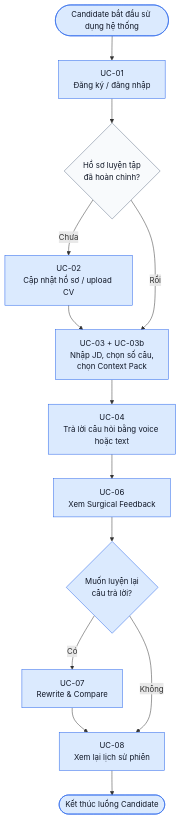
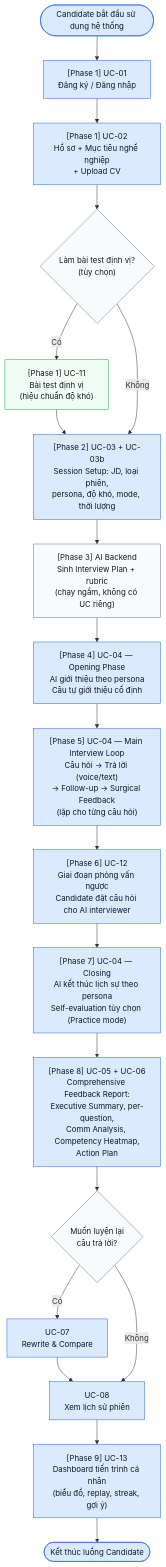
Before and after one commit to lethanhan01/interview-coach: the fourth of 5 diagrams in docs/RequirementAnalysis/SRS/SRS_InterviewAI_Full.md, drawn with Mermaid. The commit also changed other lines of this file and 4 other files, not shown here.

````diff
--- a/docs/RequirementAnalysis/SRS/SRS_InterviewAI_Full.md
+++ b/docs/RequirementAnalysis/SRS/SRS_InterviewAI_Full.md
@@ -390,25 +441,32 @@
 ```mermaid
 flowchart TD
     classDef actorStep fill:#dbeafe,stroke:#2563eb,color:#111827
     classDef systemStep fill:#f8fafc,stroke:#64748b,color:#111827
+    classDef optionalStep fill:#f0fdf4,stroke:#16a34a,color:#111827
 
     Start([Candidate bắt đầu sử dụng hệ thống]):::actorStep
-    Login["UC-01\nĐăng ký / đăng nhập"]:::actorStep
-    Profile{"Hồ sơ luyện tập\nđã hoàn chỉnh?"}:::systemStep
-    UpdateProfile["UC-02\nCập nhật hồ sơ / upload CV"]:::actorStep
-    Configure["UC-03 + UC-03b\nNhập JD, chọn số câu,\nchọn Context Pack"]:::actorStep
-    Interview["UC-04\nTrả lời câu hỏi bằng voice hoặc text"]:::actorStep
-    Feedback["UC-06\nXem Surgical Feedback"]:::actorStep
-    Rewrite{"Muốn luyện lại\ncâu trả lời?"}:::actorStep
-    RewriteUC["UC-07\nRewrite & Compare"]:::actorStep
-    History["UC-08\nXem lại lịch sử phiên"]:::actorStep
+    P1_Login["[Phase 1] UC-01\nĐăng ký / Đăng nhập"]:::actorStep
+    P1_Profile["[Phase 1] UC-02\nHồ sơ + Mục tiêu nghề nghiệp\n+ Upload CV"]:::actorStep
+    P1_Test{"Làm bài test định vị?\n(tùy chọn)"}:::systemStep
+    P1_PlacementTest["[Phase 1] UC-11\nBài test định vị\n(hiệu chuẩn độ khó)"]:::optionalStep
+    P2["[Phase 2] UC-03 + UC-03b\nSession Setup: JD, loại phiên,\npersona, độ khó, mode, thời lượng"]:::actorStep
+    P3["[Phase 3] AI Backend\nSinh Interview Plan + rubric\n(chạy ngầm, không có UC riêng)"]:::systemStep
+    P4_Opening["[Phase 4] UC-04 — Opening Phase\nAI giới thiệu theo persona\nCâu tự giới thiệu cố định"]:::actorStep
+    P5_Loop["[Phase 5] UC-04 — Main Interview Loop\nCâu hỏi → Trả lời (voice/text)\n→ Follow-up → Surgical Feedback\n(lặp cho từng câu hỏi)"]:::actorStep
+    P6_ReverseQ["[Phase 6] UC-12\nGiai đoạn phỏng vấn ngược\nCandidate đặt câu hỏi cho AI interviewer"]:::actorStep
+    P7_Closing["[Phase 7] UC-04 — Closing\nAI kết thúc lịch sự theo persona\nSelf-evaluation tùy chọn (Practice mode)"]:::actorStep
+    P8_Feedback["[Phase 8] UC-05 + UC-06\nComprehensive Feedback Report:\nExecutive Summary, per-question,\nComm Analysis, Competency Heatmap,\nAction Plan"]:::actorStep
+    RewriteDecision{"Muốn luyện lại\ncâu trả lời?"}:::systemStep
+    Rewrite["UC-07\nRewrite & Compare"]:::actorStep
+    P9_History["UC-08\nXem lịch sử phiên"]:::actorStep
+    P9_Dashboard["[Phase 9] UC-13\nDashboard tiến trình cá nhân\n(biểu đồ, replay, streak, gợi ý)"]:::actorStep
     End([Kết thúc luồng Candidate]):::actorStep
 
-    Start --> Login --> Profile
-    Profile -->|Chưa| UpdateProfile --> Configure
-    Profile -->|Rồi| Configure
-    Configure --> Interview --> Feedback --> Rewrite
-    Rewrite -->|Có| RewriteUC --> History
-    Rewrite -->|Không| History
-    History --> End
+    Start --> P1_Login --> P1_Profile --> P1_Test
+    P1_Test -->|Có| P1_PlacementTest --> P2
+    P1_Test -->|Không| P2
+    P2 --> P3 --> P4_Opening --> P5_Loop --> P6_ReverseQ --> P7_Closing --> P8_Feedback --> RewriteDecision
+    RewriteDecision -->|Có| Rewrite --> P9_History
+    RewriteDecision -->|Không| P9_History
+    P9_History --> P9_Dashboard --> End
 ```
````
